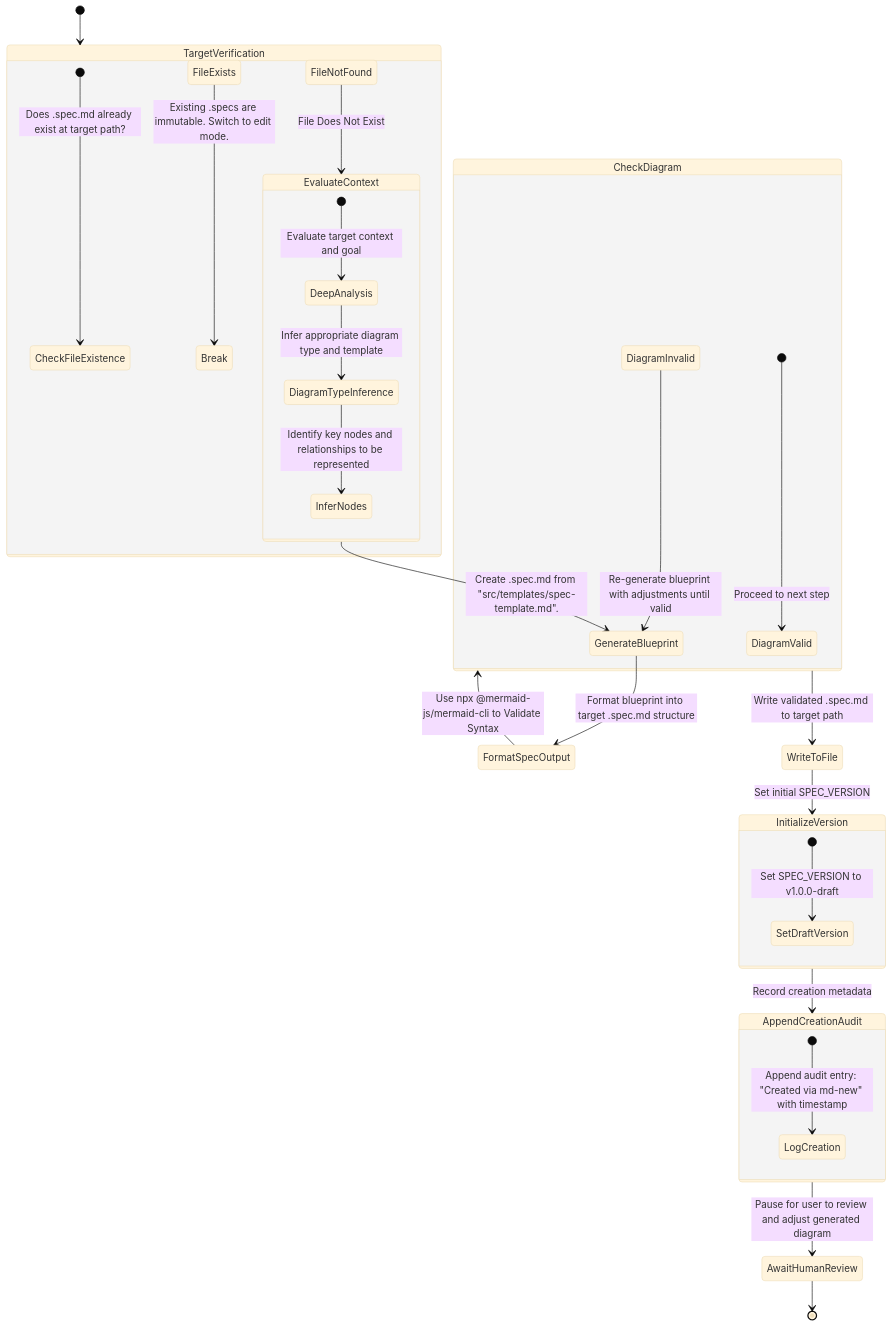
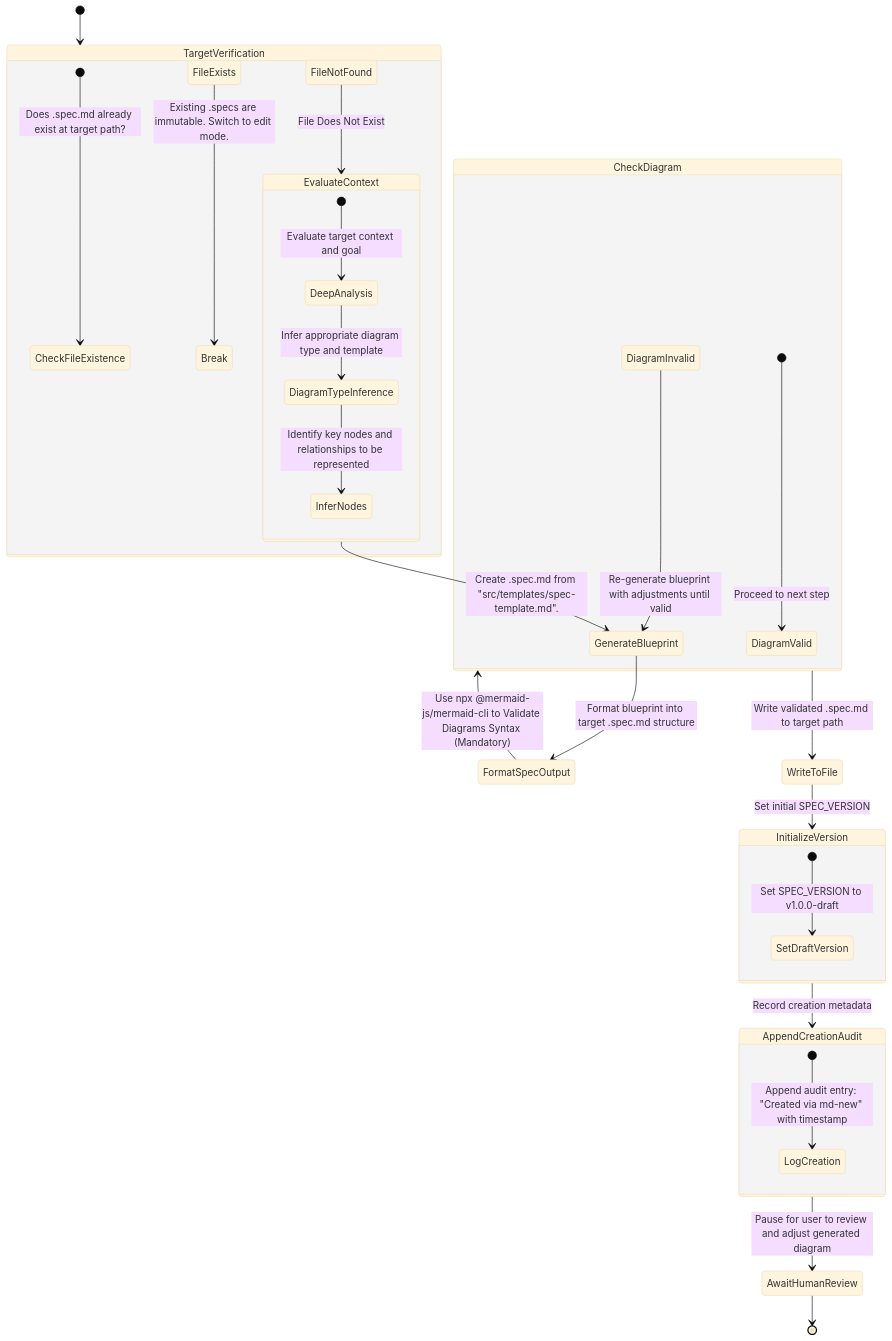
One commit to JulioCRFilho/mermaid-diagram-driven-development changed the diagram in .agents/skills/md-new/SKILL.md. Above: the diagram before and after it, drawn with Mermaid (base theme). The commit also changed 8 other files, not shown here.

First line of the commit message:
chore(release): bump to v4.0.3 and enforce mandatory diagram validation

````diff
--- a/.agents/skills/md-new/SKILL.md
+++ b/.agents/skills/md-new/SKILL.md
@@ -3,42 +3,42 @@
 ```mermaid
 %% @spec-version v1.3.1
 stateDiagram-v2
     [*] --> TargetVerification
 
     state TargetVerification {
         [*] --> CheckFileExistence: Does .spec.md already exist at target path?
         FileExists --> Break: Existing .specs are immutable. Switch to edit mode.
         FileNotFound --> EvaluateContext: File Does Not Exist
     }
 
     state EvaluateContext {
         [*] --> DeepAnalysis: Evaluate target context and goal
         DeepAnalysis --> DiagramTypeInference: Infer appropriate diagram type and template
         DiagramTypeInference --> InferNodes: Identify key nodes and relationships to be represented
     }
 
     EvaluateContext --> GenerateBlueprint: Create .spec.md from "src/templates/spec-template.md".
     GenerateBlueprint --> FormatSpecOutput: Format blueprint into target .spec.md structure
-    FormatSpecOutput --> CheckDiagram: Use npx @mermaid-js/mermaid-cli to Validate Syntax
+    FormatSpecOutput --> CheckDiagram: Use npx @mermaid-js/mermaid-cli to Validate Diagrams Syntax (Mandatory)
 
     state CheckDiagram {
         [*] --> DiagramValid: Proceed to next step
         DiagramInvalid --> GenerateBlueprint: Re-generate blueprint with adjustments until valid
     }
         
     CheckDiagram --> WriteToFile: Write validated .spec.md to target path
     WriteToFile --> InitializeVersion: Set initial SPEC_VERSION
 
     state InitializeVersion {
         [*] --> SetDraftVersion: Set SPEC_VERSION to v1.0.0-draft
     }
 
     InitializeVersion --> AppendCreationAudit: Record creation metadata
 
     state AppendCreationAudit {
         [*] --> LogCreation: Append audit entry: "Created via md-new" with timestamp
     }
 
     AppendCreationAudit --> AwaitHumanReview: Pause for user to review and adjust generated diagram
     AwaitHumanReview --> [*]
 ```
````
